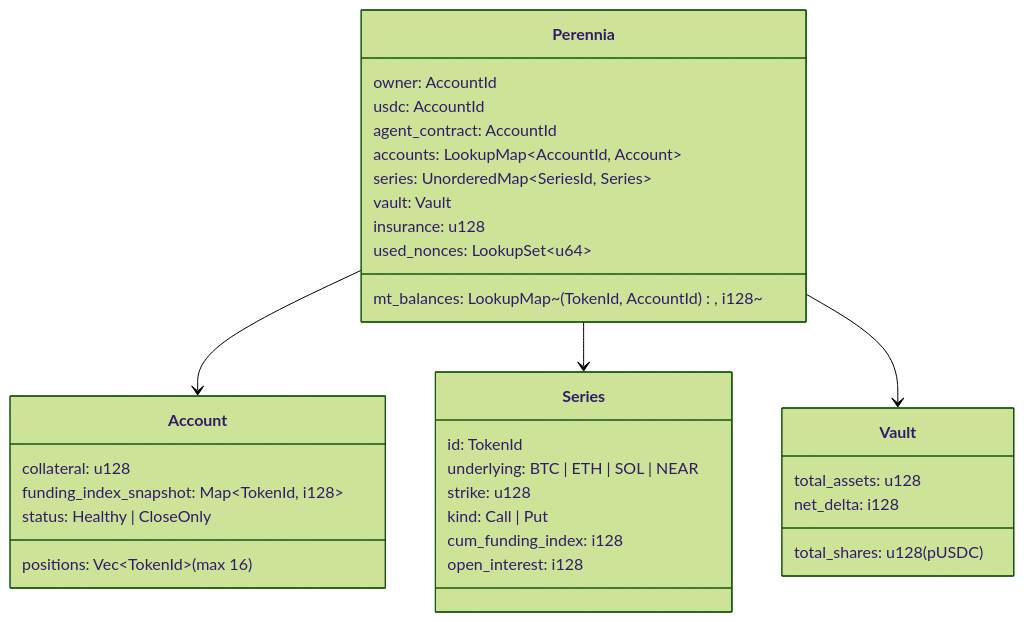
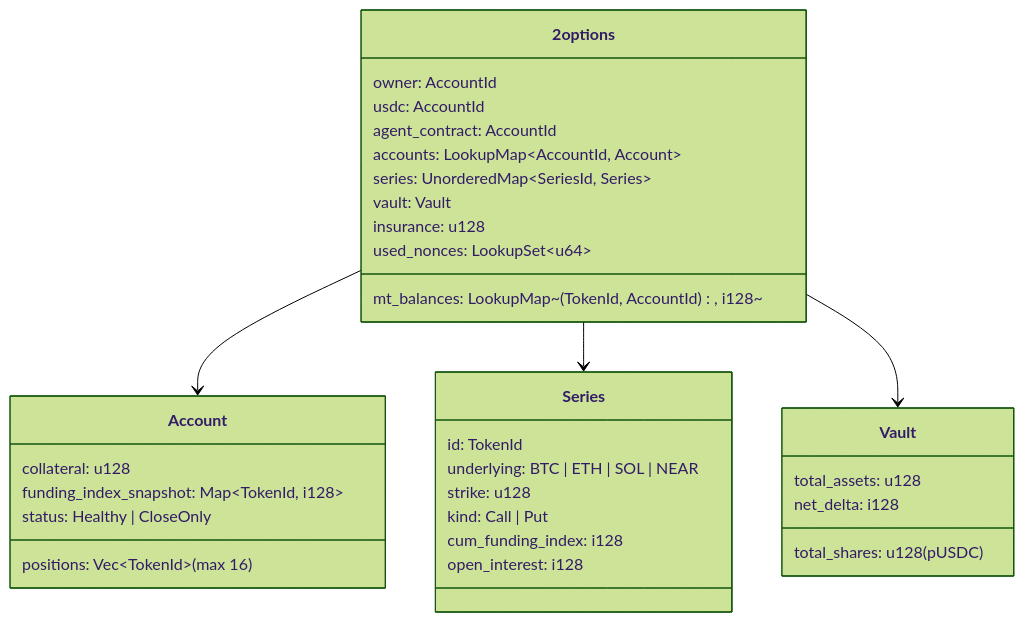
The ninth of 12 diagrams in NEAR_HACKATHON_PLAN.md (Aditya-dom/2options), drawn with Mermaid (forest theme) before and after one commit. The commit also changed other lines of this file and 82 other files, not shown here.

````diff
--- a/NEAR_HACKATHON_PLAN.md
+++ b/NEAR_HACKATHON_PLAN.md
@@ -307,36 +307,36 @@
 ```mermaid
 classDiagram
-    class Perennia {
+    class 2options {
         owner: AccountId
         usdc: AccountId
         agent_contract: AccountId
         accounts: LookupMap~AccountId, Account~
         series: UnorderedMap~SeriesId, Series~
         mt_balances: LookupMap~(TokenId, AccountId), i128~
         vault: Vault
         insurance: u128
         used_nonces: LookupSet~u64~
     }
     class Account {
         collateral: u128
         positions: Vec~TokenId~  (max 16)
         funding_index_snapshot: Map~TokenId, i128~
         status: Healthy | CloseOnly
     }
     class Series {
         id: TokenId
         underlying: BTC | ETH | SOL | NEAR
         strike: u128
         kind: Call | Put
         cum_funding_index: i128
         open_interest: i128
     }
     class Vault {
         total_assets: u128
         total_shares: u128  (pUSDC)
         net_delta: i128
     }
-    Perennia --> Account
-    Perennia --> Series
-    Perennia --> Vault
+    2options --> Account
+    2options --> Series
+    2options --> Vault
 ```
````
